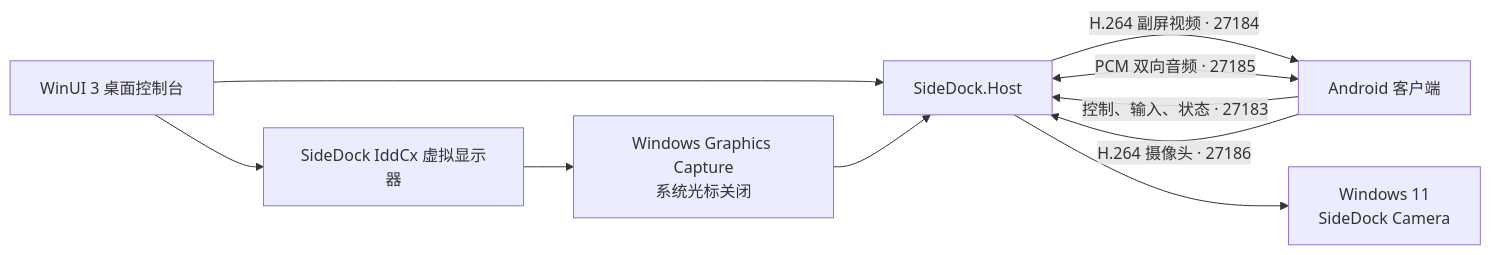
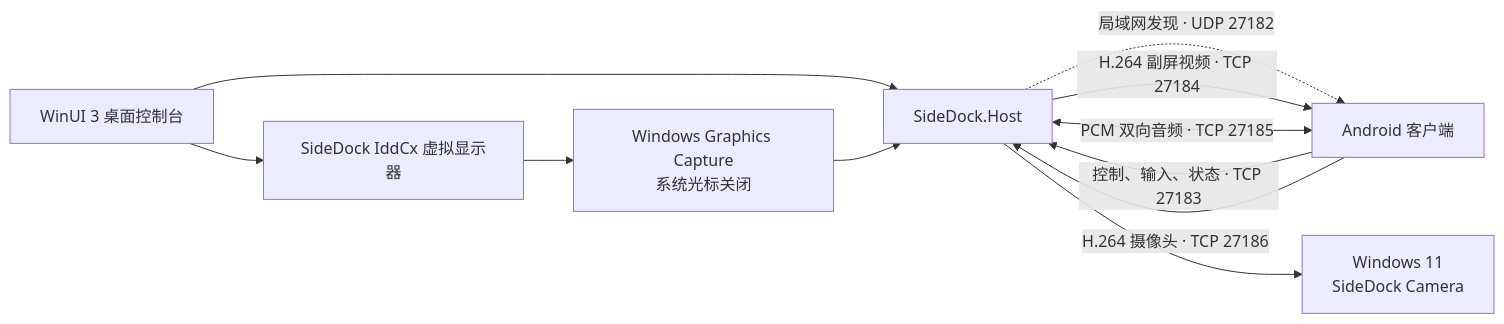
The first of 2 diagrams in README.md (naledao/SideDock), drawn with Mermaid before and after one commit. The commit also changed other lines of this file, not shown here.

````diff
--- a/README.md
+++ b/README.md
@@ -91,12 +104,13 @@
 ```mermaid
 flowchart LR
     App["WinUI 3 桌面控制台"] --> Host["SideDock.Host"]
     App --> IDD["SideDock IddCx 虚拟显示器"]
     IDD --> WGC["Windows Graphics Capture<br/>系统光标关闭"]
     WGC --> Host
-    Host -->|"H.264 副屏视频 · 27184"| Android["Android 客户端"]
-    Android -->|"控制、输入、状态 · 27183"| Host
-    Host <-->|"PCM 双向音频 · 27185"| Android
-    Android -->|"H.264 摄像头 · 27186"| Host
+    Host -.->|"局域网发现 · UDP 27182"| Android["Android 客户端"]
+    Host -->|"H.264 副屏视频 · TCP 27184"| Android
+    Android -->|"控制、输入、状态 · TCP 27183"| Host
+    Host <-->|"PCM 双向音频 · TCP 27185"| Android
+    Android -->|"H.264 摄像头 · TCP 27186"| Host
     Host --> VCam["Windows 11<br/>SideDock Camera"]
 ```
````
